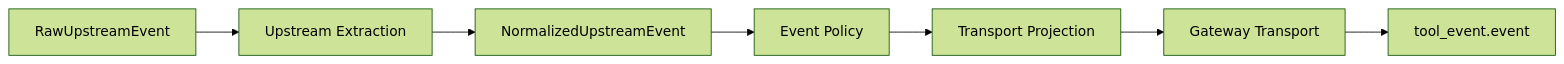
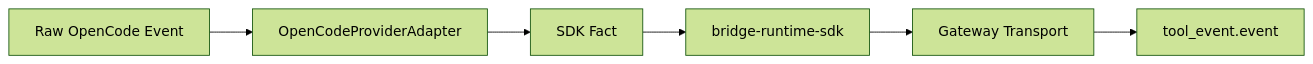
The third of 6 diagrams in plugins/message-bridge/docs/design/interfaces/end-to-end-message-flow.md (yuzhangCZ/agent-plugin), drawn with Mermaid (forest theme) before and after one commit. The commit also changed other lines of this file and 90 other files, not shown here.

Commit message:
refactor(message-bridge): remove legacy runtime residue

````diff
--- a/plugins/message-bridge/docs/design/interfaces/end-to-end-message-flow.md
+++ b/plugins/message-bridge/docs/design/interfaces/end-to-end-message-flow.md
@@ -80,9 +80,8 @@
 ```mermaid
 flowchart LR
-  RAW["RawUpstreamEvent"] --> EXTRACT["Upstream Extraction"]
-  EXTRACT --> NORM["NormalizedUpstreamEvent"]
-  NORM --> POLICY["Event Policy"]
-  POLICY --> PROJECT["Transport Projection"]
-  PROJECT --> GATEWAY["Gateway Transport"]
+  RAW["Raw OpenCode Event"] --> PROVIDER["OpenCodeProviderAdapter"]
+  PROVIDER --> FACT["SDK Fact"]
+  FACT --> RUNTIME["bridge-runtime-sdk"]
+  RUNTIME --> GATEWAY["Gateway Transport"]
   GATEWAY --> TOOL["tool_event.event"]
 ```
````
